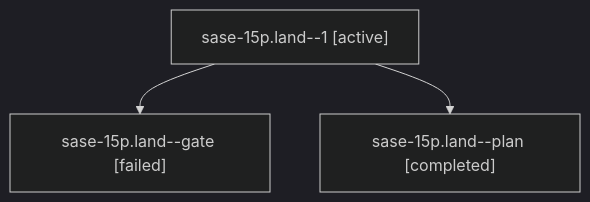
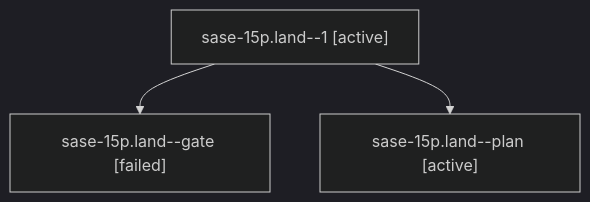
The diagram in families/bbugyi200.athena.sase-15p.land.md (sase-org/sase--agents), drawn with Mermaid (dark theme) before and after one commit. The commit also changed other lines of this file and 35830 other files, not shown here.

````diff
--- a/families/bbugyi200.athena.sase-15p.land.md
+++ b/families/bbugyi200.athena.sase-15p.land.md
@@ -9,8 +9,8 @@
 ```mermaid
 flowchart TD
   n0["sase-15p.land--1 [active]"]
   n1["sase-15p.land--gate [failed]"]
   n0 --> n1
-  n2["sase-15p.land--plan [completed]"]
+  n2["sase-15p.land--plan [active]"]
   n0 --> n2
 ```
````
